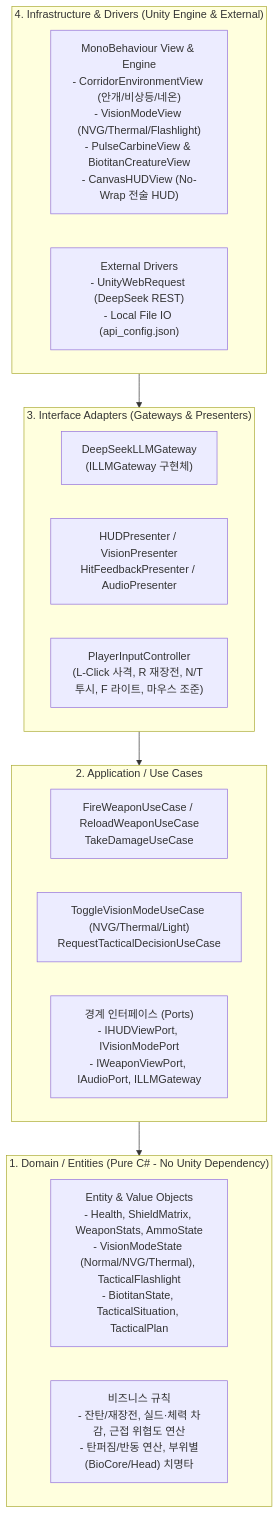
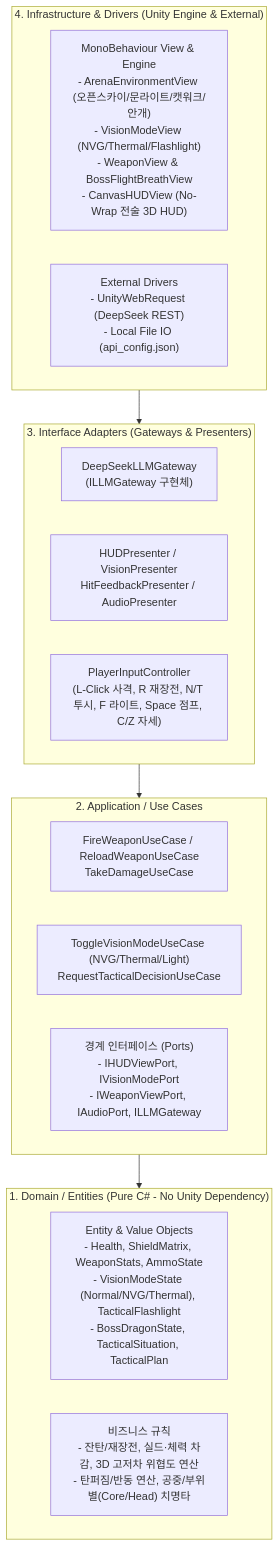
One commit to yongjunhwang/ai-sample changed the diagram in development/README.md. Above: the diagram before and after it, drawn with Mermaid. The commit also changed other lines of this file and 111 other files, not shown here.

````diff
--- a/development/README.md
+++ b/development/README.md
@@ -11,28 +11,28 @@
 ```mermaid
 flowchart TD
     subgraph Infrastructure ["4. Infrastructure & Drivers (Unity Engine & External)"]
-        UnityMB["MonoBehaviour View & Engine<br/>- CorridorEnvironmentView (안개/비상등/네온)<br/>- VisionModeView (NVG/Thermal/Flashlight)<br/>- PulseCarbineView & BiotitanCreatureView<br/>- CanvasHUDView (No-Wrap 전술 HUD)"]
+        UnityMB["MonoBehaviour View & Engine<br/>- ArenaEnvironmentView (오픈스카이/문라이트/캣워크/안개)<br/>- VisionModeView (NVG/Thermal/Flashlight)<br/>- WeaponView & BossFlightBreathView<br/>- CanvasHUDView (No-Wrap 전술 3D HUD)"]
         NetIO["External Drivers<br/>- UnityWebRequest (DeepSeek REST)<br/>- Local File IO (api_config.json)"]
     end
 
     subgraph Adapters ["3. Interface Adapters (Gateways & Presenters)"]
         DeepSeekGateway["DeepSeekLLMGateway<br/>(ILLMGateway 구현체)"]
         Presenters["HUDPresenter / VisionPresenter<br/>HitFeedbackPresenter / AudioPresenter"]
-        InputAdapter["PlayerInputController<br/>(L-Click 사격, R 재장전, N/T 투시, F 라이트, 마우스 조준)"]
+        InputAdapter["PlayerInputController<br/>(L-Click 사격, R 재장전, N/T 투시, F 라이트, Space 점프, C/Z 자세)"]
     end
 
     subgraph Application ["2. Application / Use Cases"]
         CombatUC["FireWeaponUseCase / ReloadWeaponUseCase<br/>TakeDamageUseCase"]
         TacticalUC["ToggleVisionModeUseCase (NVG/Thermal/Light)<br/>RequestTacticalDecisionUseCase"]
         Ports["경계 인터페이스 (Ports)<br/>- IHUDViewPort, IVisionModePort<br/>- IWeaponViewPort, IAudioPort, ILLMGateway"]
     end
 
     subgraph Domain ["1. Domain / Entities (Pure C# - No Unity Dependency)"]
-        Entities["Entity & Value Objects<br/>- Health, ShieldMatrix, WeaponStats, AmmoState<br/>- VisionModeState (Normal/NVG/Thermal), TacticalFlashlight<br/>- BiotitanState, TacticalSituation, TacticalPlan"]
-        Rules["비즈니스 규칙<br/>- 잔탄/재장전, 실드·체력 차감, 근접 위협도 연산<br/>- 탄퍼짐/반동 연산, 부위별(BioCore/Head) 치명타"]
+        Entities["Entity & Value Objects<br/>- Health, ShieldMatrix, WeaponStats, AmmoState<br/>- VisionModeState (Normal/NVG/Thermal), TacticalFlashlight<br/>- BossDragonState, TacticalSituation, TacticalPlan"]
+        Rules["비즈니스 규칙<br/>- 잔탄/재장전, 실드·체력 차감, 3D 고저차 위협도 연산<br/>- 탄퍼짐/반동 연산, 공중/부위별(Core/Head) 치명타"]
     end
 
     Infrastructure --> Adapters
     Adapters --> Application
     Application --> Domain
 ```
````
